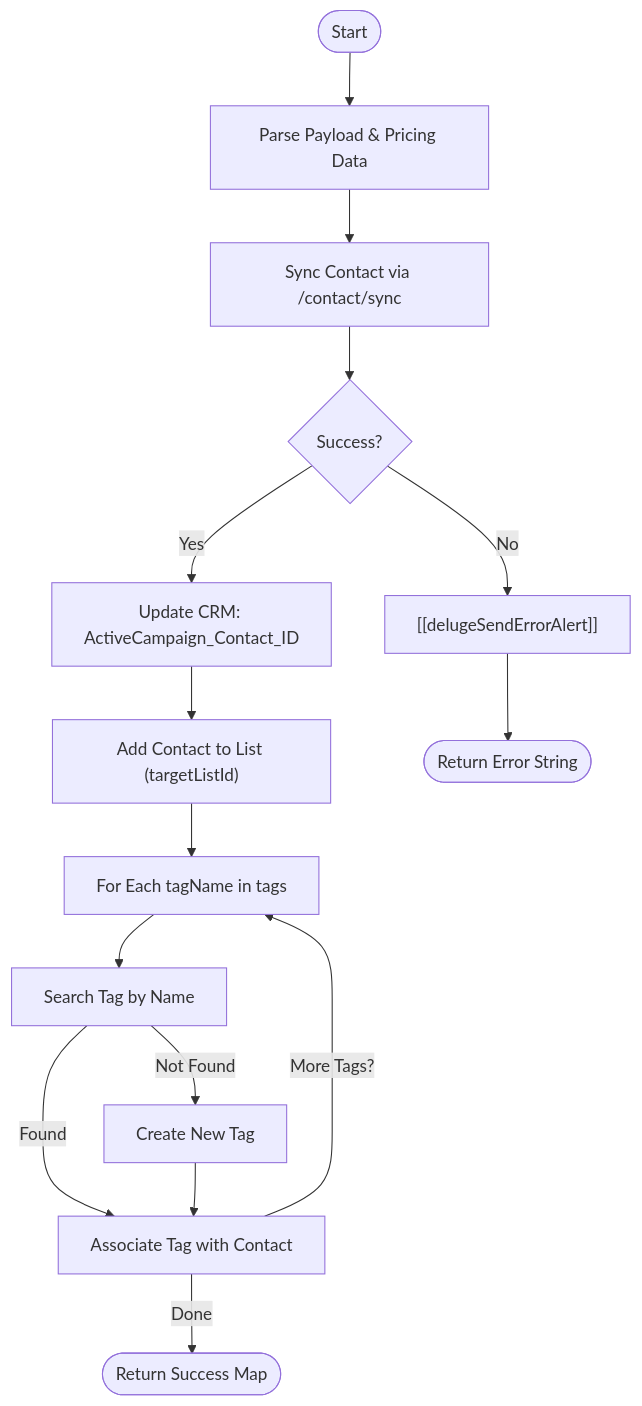
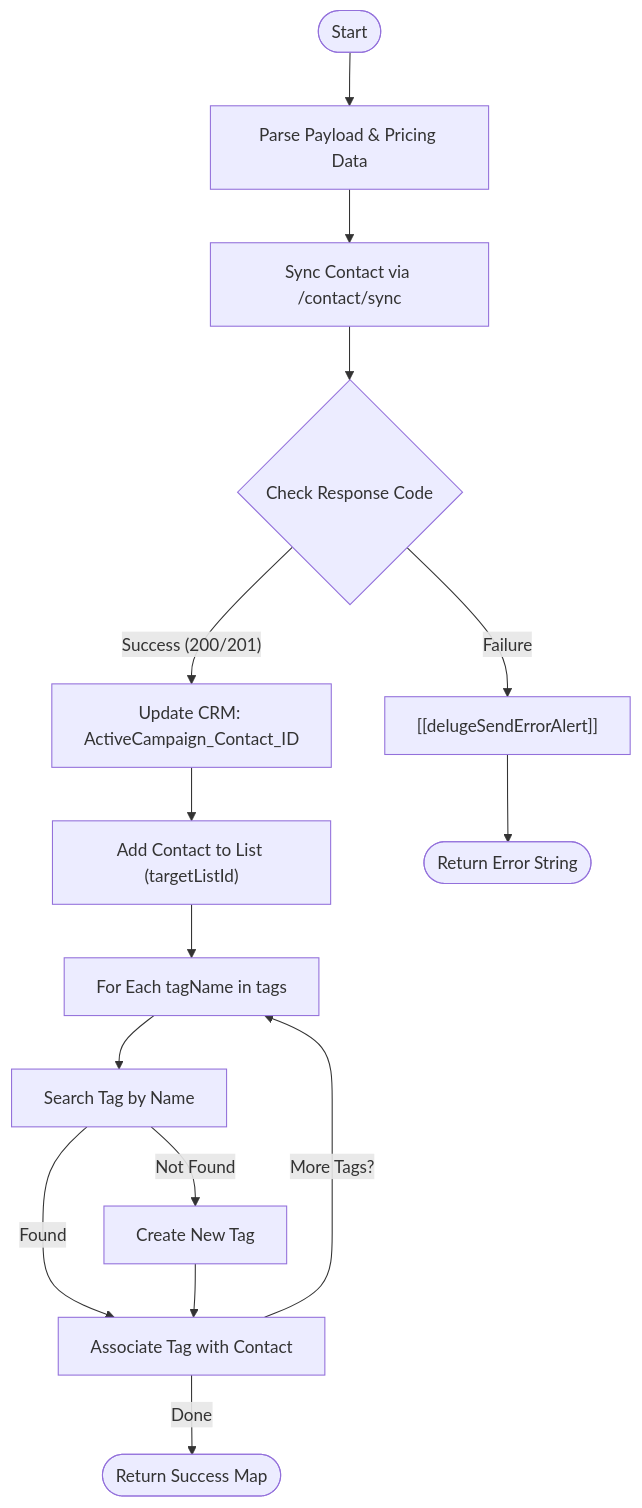
The diagram in Acquisition and Onboarding/Marketing/ActiveCampaign/ActiveCampaign Handler/delugeActiveCampaignHandler.md (martinkp93/zoho-scripts), drawn with Mermaid before and after one commit. The commit also changed other lines of this file, not shown here.

Commit message:
Update delugeActiveCampaignHandler.md docs via DeluluDocu

````diff
--- a/Acquisition and Onboarding/Marketing/ActiveCampaign/ActiveCampaign Handler/delugeActiveCampaignHandler.md
+++ b/Acquisition and Onboarding/Marketing/ActiveCampaign/ActiveCampaign Handler/delugeActiveCampaignHandler.md
@@ -37,22 +37,22 @@
 ```mermaid
 graph TD
     Start(["Start"]) --> Parse["Parse Payload & Pricing Data"]
     Parse --> Sync["Sync Contact via /contact/sync"]
-    Sync --> CheckSync{Success?}
+    Sync --> CheckSync{"Check Response Code"}
     
-    CheckSync -- "No" --> Err1["[[delugeSendErrorAlert]]"]
-    CheckSync -- "Yes" --> UpdateCRM["Update CRM: ActiveCampaign_Contact_ID"]
+    CheckSync -- "Failure" --> Err1["[[delugeSendErrorAlert]]"]
+    CheckSync -- "Success (200/201)" --> UpdateCRM["Update CRM: ActiveCampaign_Contact_ID"]
     
     UpdateCRM --> ListAdd["Add Contact to List (targetListId)"]
     ListAdd --> TagLoop["For Each tagName in tags"]
     
     TagLoop --> SearchTag["Search Tag by Name"]
     SearchTag -- "Not Found" --> CreateTag["Create New Tag"]
     SearchTag -- "Found" --> ApplyTag["Associate Tag with Contact"]
     CreateTag --> ApplyTag
     
     ApplyTag -- "More Tags?" --> TagLoop
     ApplyTag -- "Done" --> End(["Return Success Map"])
     
     Err1 --> EndErr(["Return Error String"])
 ```
````
